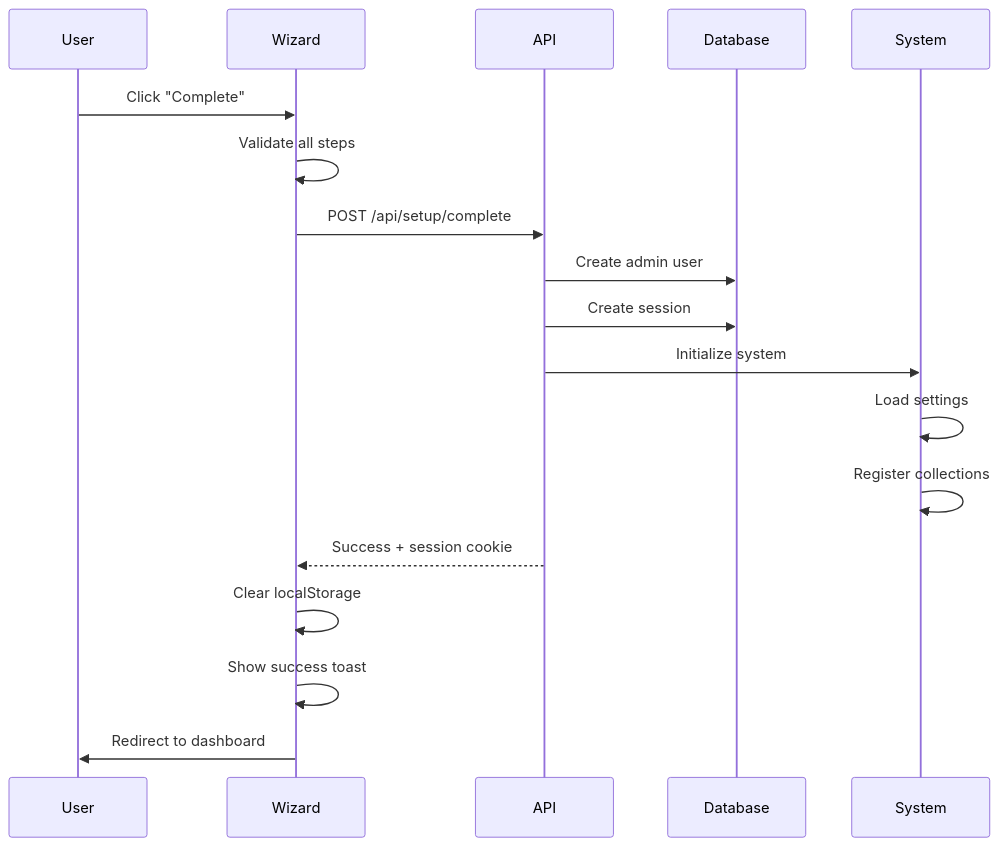
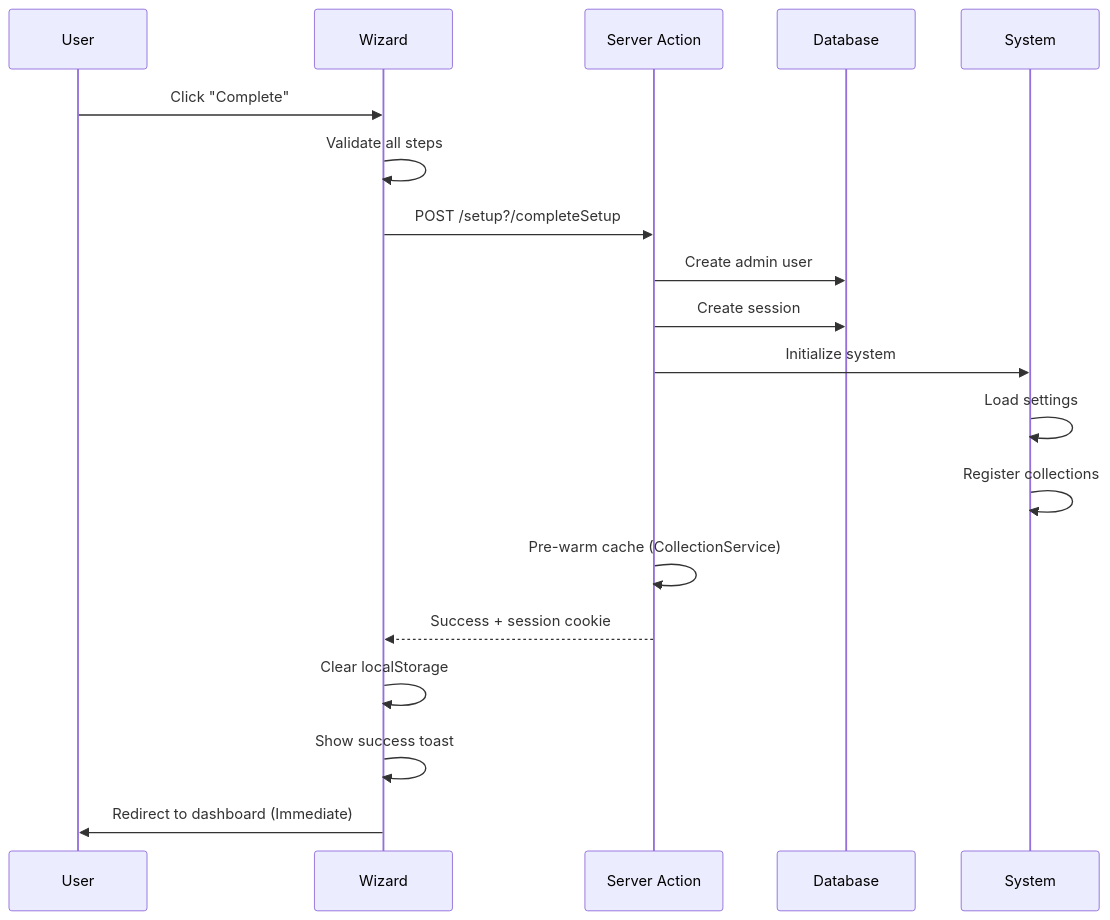
Before and after one commit to SveltyCMS/SveltyCMS: the second of 2 diagrams in docs/guides/configuration/setup-wizard.mdx, drawn with Mermaid. The commit also changed other lines of this file and 90 other files, not shown here.

Commit message:
feat: refactor setup wizard to use SvelteKit Server Actions and detect redis-server, consolidating setup logic and enhancing type safety and performance.

````diff
--- a/docs/guides/configuration/setup-wizard.mdx
+++ b/docs/guides/configuration/setup-wizard.mdx
@@ -427,21 +427,22 @@
 ```mermaid
 sequenceDiagram
     participant U as User
     participant W as Wizard
-    participant API as API
+    participant Svr as Server Action
     participant DB as Database
     participant Sys as System
 
     U->>W: Click "Complete"
     W->>W: Validate all steps
-    W->>API: POST /api/setup/complete
-    API->>DB: Create admin user
-    API->>DB: Create session
-    API->>Sys: Initialize system
+    W->>Svr: POST /setup?/completeSetup
+    Svr->>DB: Create admin user
+    Svr->>DB: Create session
+    Svr->>Sys: Initialize system
     Sys->>Sys: Load settings
     Sys->>Sys: Register collections
-    API-->>W: Success + session cookie
+    Svr->>Svr: Pre-warm cache (CollectionService)
+    Svr-->>W: Success + session cookie
     W->>W: Clear localStorage
     W->>W: Show success toast
-    W->>U: Redirect to dashboard
+    W->>U: Redirect to dashboard (Immediate)
 ```
````
